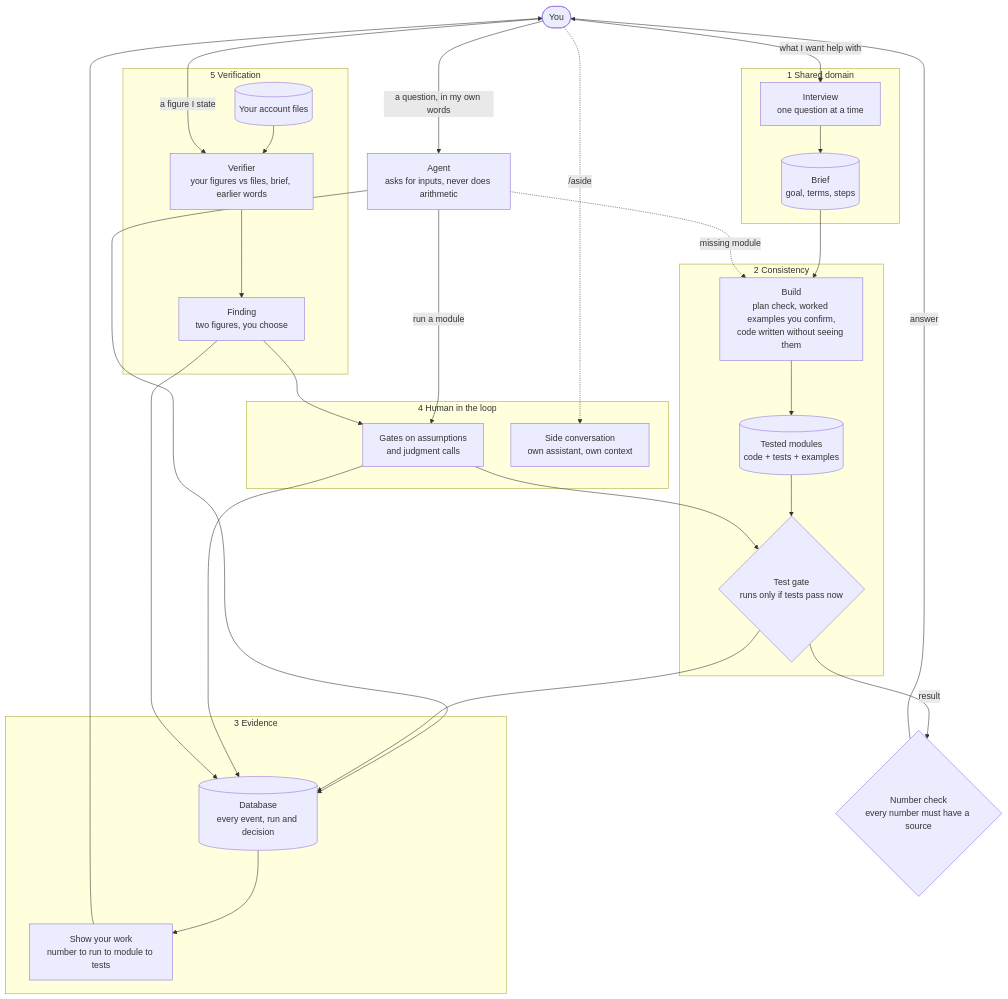
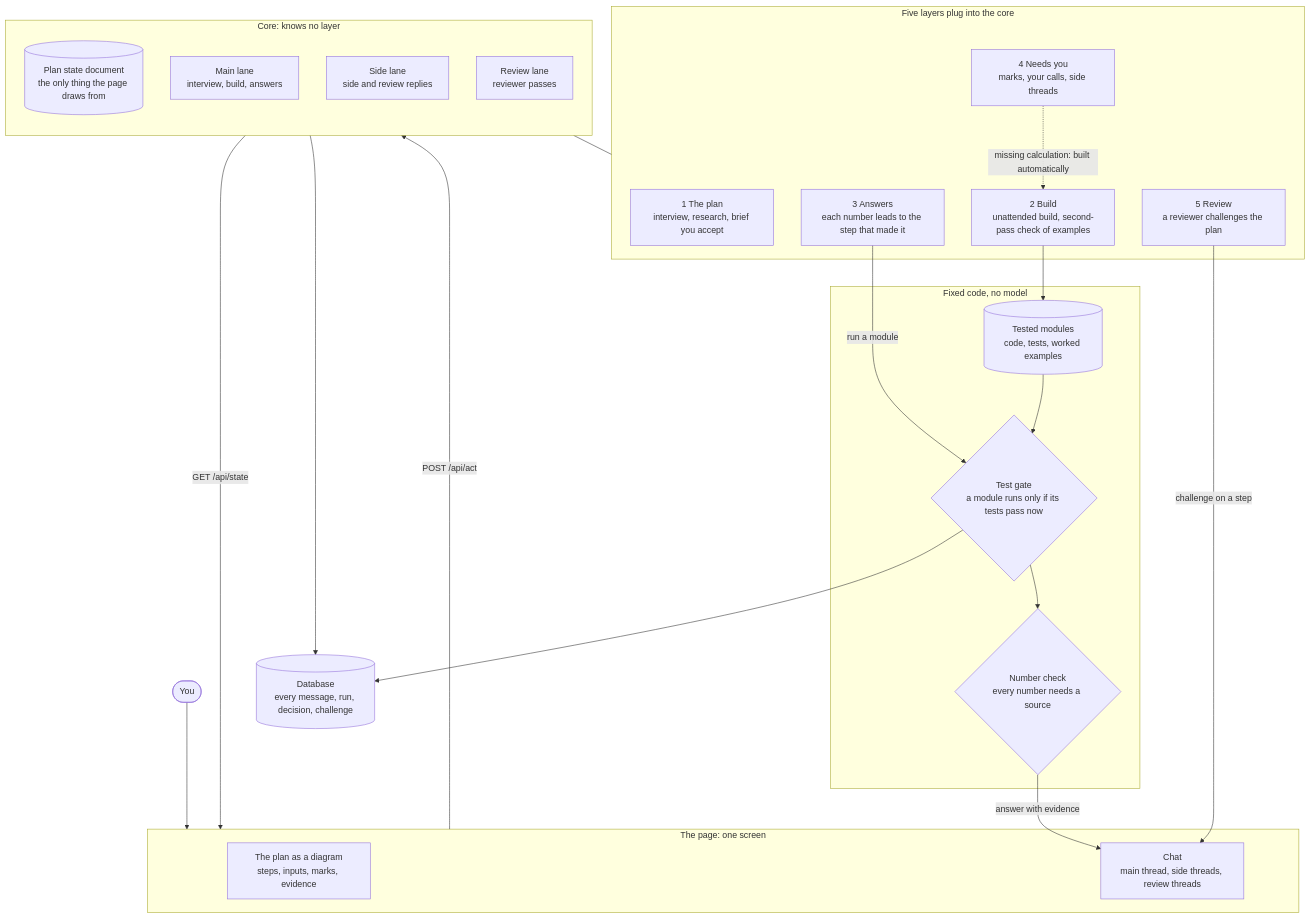
One commit to francescogalletta/aienyc-harness-workshop changed the diagram in README.md. Above: the diagram before and after it, drawn with Mermaid. The commit also changed other lines of this file and 54 other files, not shown here.

First line of the commit message:
v2: display formatting, figure tracing by output, revision line, documents for version 2

````diff
--- a/README.md
+++ b/README.md
@@ -37,44 +20,47 @@
 ```mermaid
 flowchart TB
     person([You])
 
-    subgraph s1["1 Shared domain"]
-        interview["Interview<br/>one question at a time"] --> brief[("Brief<br/>goal, terms, steps")]
+    subgraph page["The page: one screen"]
+        diagram["The plan as a diagram<br/>steps, inputs, marks, evidence"]
+        chat["Chat<br/>main thread, side threads, review threads"]
     end
 
-    subgraph s2["2 Consistency"]
-        build["Build<br/>plan check, worked examples you confirm,<br/>code written without seeing them"] --> modules[("Tested modules<br/>code + tests + examples")]
-        gate{"Test gate<br/>runs only if tests pass now"}
+    subgraph core["Core: knows no layer"]
+        direction TB
+        state[("Plan state document<br/>the only thing the page draws from")]
+        main["Main lane<br/>interview, build, answers"]
+        side["Side lane<br/>side and review replies"]
+        review["Review lane<br/>reviewer passes"]
     end
 
-    subgraph s4["4 Human in the loop"]
-        gates["Gates on assumptions<br/>and judgment calls"]
-        aside["Side conversation<br/>own assistant, own context"]
+    subgraph layers["Five layers plug into the core"]
+        l1["1 The plan<br/>interview, research, brief you accept"]
+        l2["2 Build<br/>unattended build, second-pass check of examples"]
+        l3["3 Answers<br/>each number leads to the step that made it"]
+        l4["4 Needs you<br/>marks, your calls, side threads"]
+        l5["5 Review<br/>a reviewer challenges the plan"]
     end
 
-    subgraph s5["5 Verification"]
-        files[("Your account files")] --> verifier["Verifier<br/>your figures vs files, brief, earlier words"]
-        verifier --> finding["Finding<br/>two figures, you choose"]
+    subgraph fixed["Fixed code, no model"]
+        modules[("Tested modules<br/>code, tests, worked examples")]
+        gate{"Test gate<br/>a module runs only if its tests pass now"}
+        numcheck{"Number check<br/>every number needs a source"}
     end
 
-    subgraph s3["3 Evidence"]
-        db[("Database<br/>every event, run and decision")] --> page["Show your work<br/>number to run to module to tests"]
-    end
+    db[("Database<br/>every message, run, decision, challenge")]
 
-    person -->|"what I want help with"| interview
-    brief --> build
-    person -->|"a question, in my own words"| agent["Agent<br/>asks for inputs, never does arithmetic"]
+    person --> page
+    page -->|"POST /api/act"| core
+    state -->|"GET /api/state"| page
+    core --- layers
+    l2 --> modules
+    l3 -->|"run a module"| gate
     modules --> gate
-    agent -->|"run a module"| gates --> gate
-    gate -->|"result"| check{"Number check<br/>every number must have a source"}
-    check -->|"answer"| person
-    agent -. "missing module" .-> build
-    person -. "/aside" .-> aside
-    person -->|"a figure I state"| verifier
-    finding --> gates
-    agent --> db
+    gate --> numcheck
+    numcheck -->|"answer with evidence"| chat
+    l4 -. "missing calculation: built automatically" .-> l2
+    l5 -->|"challenge on a step"| chat
+    core --> db
     gate --> db
-    gates --> db
-    finding --> db
-    page --> person
 ```
````
